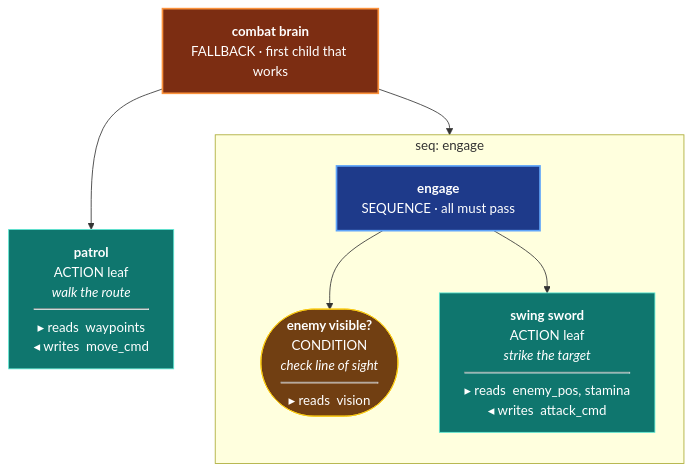
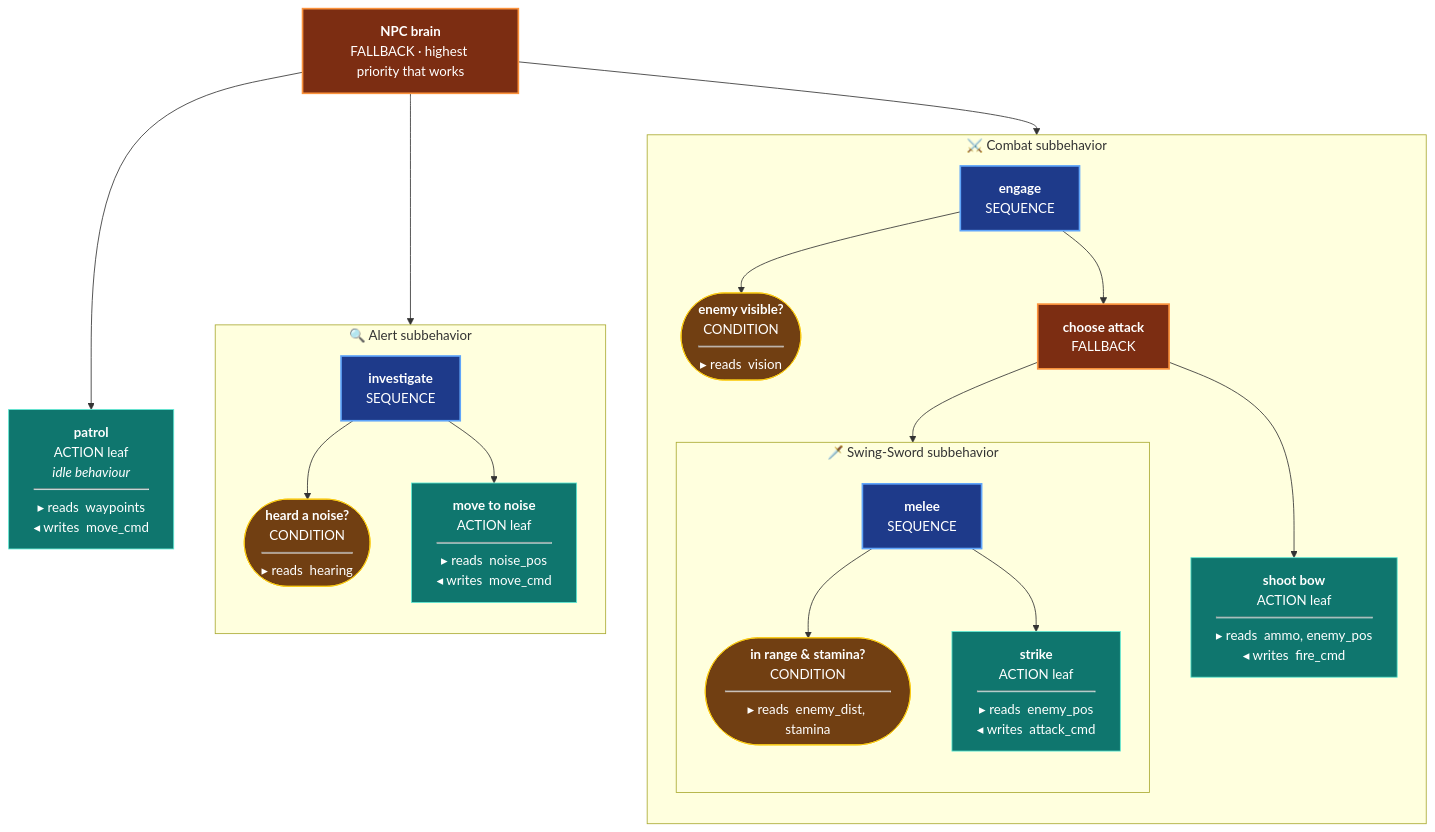
Before and after one commit to davidwuchn/orc: the first of 5 diagrams in README.md, drawn with Mermaid. The commit also changed other lines of this file and 1 other file, not shown here.

````diff
--- a/README.md
+++ b/README.md
@@ -9,16 +9,31 @@
 ```mermaid
 flowchart TB
-  brain["<b>combat brain</b><br/>FALLBACK · first child that works"]:::fb
-  brain --> engage
-  brain --> patrol["<b>patrol</b><br/>ACTION leaf<br/><i>walk the route</i><hr/>▸ reads&nbsp;&nbsp;waypoints<br/>◂ writes&nbsp;&nbsp;move_cmd"]:::act
-  subgraph ENGAGE["seq: engage"]
+  brain["<b>NPC brain</b><br/>FALLBACK · highest priority that works"]:::fb
+  brain --> ALERT
+  brain --> COMBAT
+  brain --> patrol["<b>patrol</b><br/>ACTION leaf<br/><i>idle behaviour</i><hr/>▸ reads&nbsp;&nbsp;waypoints<br/>◂ writes&nbsp;&nbsp;move_cmd"]:::act
+  subgraph ALERT["🔍 Alert subbehavior"]
     direction TB
-    engage["<b>engage</b><br/>SEQUENCE · all must pass"]:::seq
-    engage --> see(["<b>enemy visible?</b><br/>CONDITION<br/><i>check line of sight</i><hr/>▸ reads&nbsp;&nbsp;vision"]):::cond
-    engage --> swing["<b>swing sword</b><br/>ACTION leaf<br/><i>strike the target</i><hr/>▸ reads&nbsp;&nbsp;enemy_pos, stamina<br/>◂ writes&nbsp;&nbsp;attack_cmd"]:::act
+    a["<b>investigate</b><br/>SEQUENCE"]:::seq
+    a --> heard(["<b>heard a noise?</b><br/>CONDITION<hr/>▸ reads&nbsp;&nbsp;hearing"]):::cond
+    a --> goto["<b>move to noise</b><br/>ACTION leaf<hr/>▸ reads&nbsp;&nbsp;noise_pos<br/>◂ writes&nbsp;&nbsp;move_cmd"]:::act
+  end
+  subgraph COMBAT["⚔️ Combat subbehavior"]
+    direction TB
+    c["<b>engage</b><br/>SEQUENCE"]:::seq
+    c --> see(["<b>enemy visible?</b><br/>CONDITION<hr/>▸ reads&nbsp;&nbsp;vision"]):::cond
+    c --> pick["<b>choose attack</b><br/>FALLBACK"]:::fb
+    pick --> bow["<b>shoot bow</b><br/>ACTION leaf<hr/>▸ reads&nbsp;&nbsp;ammo, enemy_pos<br/>◂ writes&nbsp;&nbsp;fire_cmd"]:::act
+    pick --> SWORD
+    subgraph SWORD["🗡️ Swing-Sword subbehavior"]
+      direction TB
+      m["<b>melee</b><br/>SEQUENCE"]:::seq
+      m --> near(["<b>in range & stamina?</b><br/>CONDITION<hr/>▸ reads&nbsp;&nbsp;enemy_dist, stamina"]):::cond
+      m --> strike["<b>strike</b><br/>ACTION leaf<hr/>▸ reads&nbsp;&nbsp;enemy_pos<br/>◂ writes&nbsp;&nbsp;attack_cmd"]:::act
+    end
   end
   classDef fb fill:#7c2d12,stroke:#fb923c,color:#fff,stroke-width:2px;
   classDef seq fill:#1e3a8a,stroke:#60a5fa,color:#fff,stroke-width:2px;
   classDef cond fill:#713f12,stroke:#facc15,color:#fff;
   classDef act fill:#0f766e,stroke:#5eead4,color:#fff;
 ```
````
